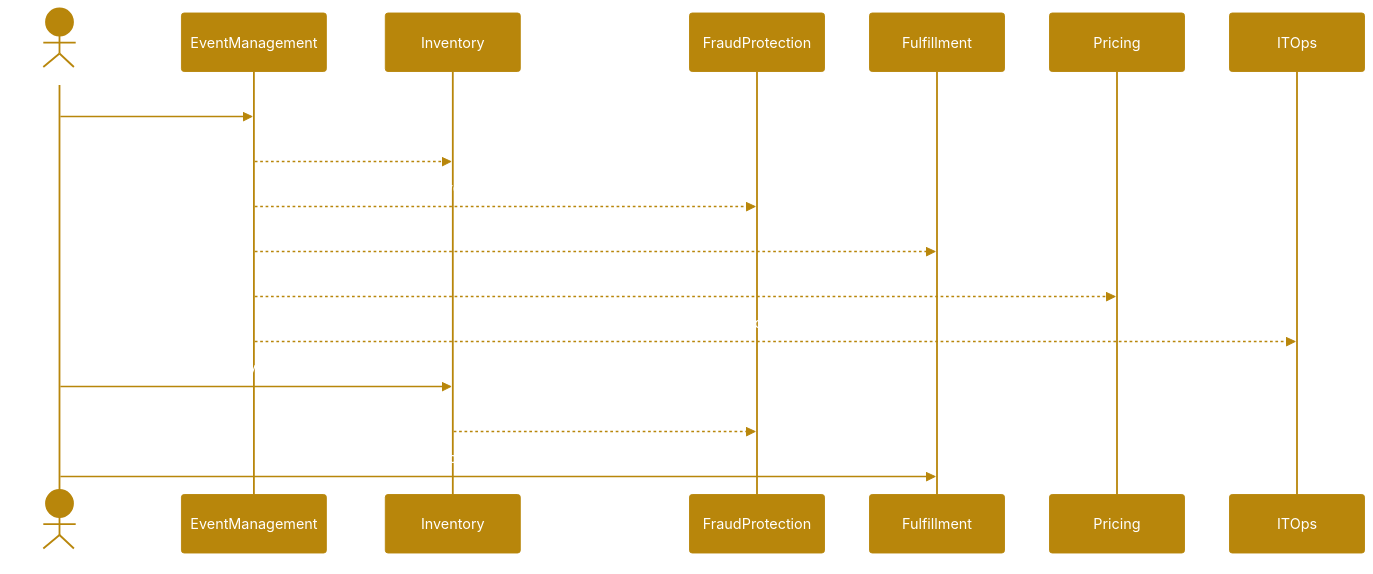
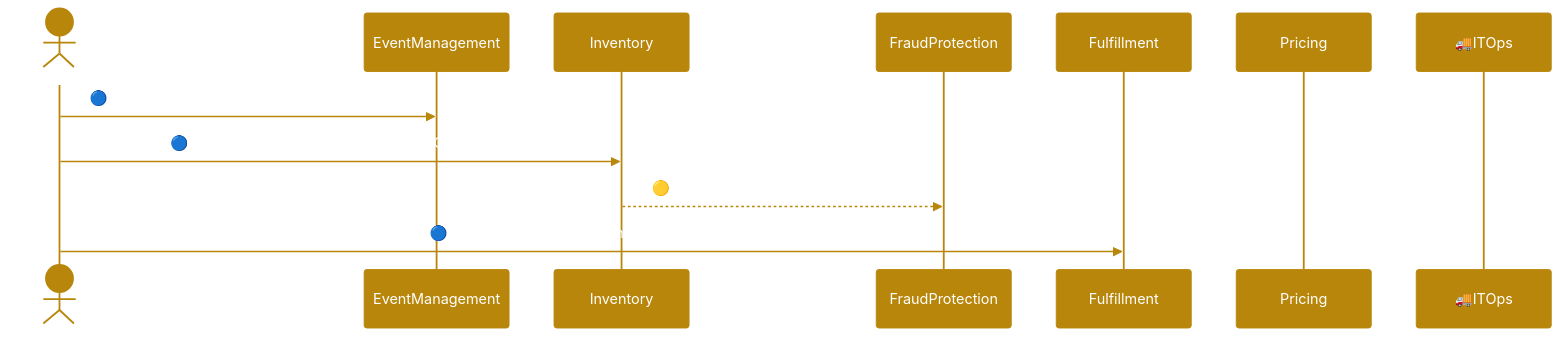
Before and after one commit to AcmeTickets/Diagrams: the diagram in MakeTicketsAvailableForPurchase.md, drawn with Mermaid.

Commit message:
Update to diagram

````diff
--- a/MakeTicketsAvailableForPurchase.md
+++ b/MakeTicketsAvailableForPurchase.md
@@ -1,42 +1,37 @@
 ```mermaid
 %%{init: {
   'theme': 'base',
   'themeVariables': {
     'primaryColor': '#B8860B',
     'primaryTextColor': '#FFFFFF',
     'primaryBorderColor': '#B8860B',
     'lineColor': '#B8860B',
     'signalColor': '#B8860B',
     'signalTextColor': '#FFFFFF',
     'actorBkg': '#B8860B',
     'actorTextColor': '#FFFFFF',
     'actorLineColor': '#B8860B',
     'actorBorder': '#B8860B',
     'activationBkgColor': '#B8860B',
     'activationBorderColor': '#B8860B',
     'sequenceNumberColor': '#FFFFFF',
     'labelTextColor': '#FFFFFF'
   }
 }}%%
 sequenceDiagram
     actor TicketImporter
 
     participant EventManagement
     participant Inventory
     participant FraudProtection
     participant Fulfillment
     participant Pricing
-    participant ITOps
+    participant 🚚ITOps    
+    
+    TicketImporter->>EventManagement: 🔵AddEventAndTicketInformation (Command)
+    
+    TicketImporter->>Inventory: 🔵AddEventTicketGroupsToInventory (Command)
+    Inventory-->>FraudProtection: 🟡TicketGroupForEventAdded (Event)
 
-    TicketImporter->>EventManagement: <span style="color:#4A90E2">AddEventAndTicketInformation (Command)</span>
-    EventManagement-->>Inventory: EventAdded (Event)
-    EventManagement-->>FraudProtection: EventAdded (Event)
-    EventManagement-->>Fulfillment: EventAdded (Event)
-    EventManagement-->>Pricing: EventAdded (Event)
-    EventManagement-->>ITOps: EventAdded (Event)
-
-    TicketImporter->>Inventory: <span style="color:#4A90E2">AddEventTicketGroupsToInventory (Command)</span>
-    Inventory-->>FraudProtection: TicketGroupForEventAdded (Event)
-
-    TicketImporter->>Fulfillment: <span style="color:#4A90E2">AddEventTicketFulfillmentDetail (Command)</span>
+    TicketImporter->>Fulfillment: 🔵 AddEventTicketFulfillmentDetail (Command)
 ```
````
